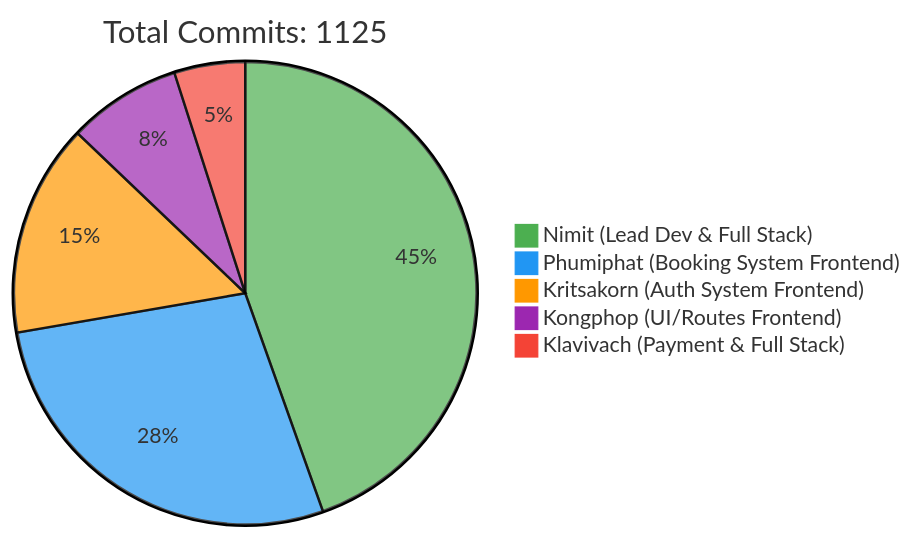
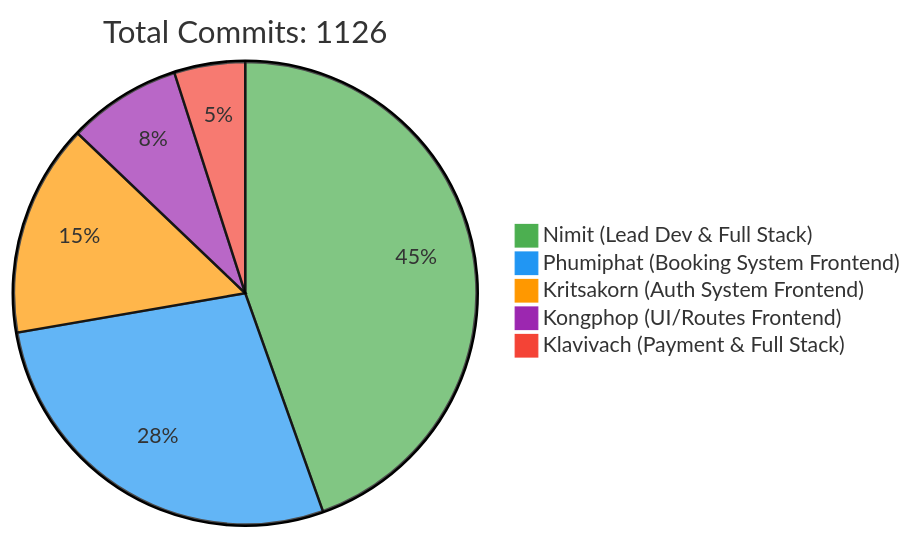
The first of 2 diagrams in README.md (6531503042/Sport-Complex), drawn with Mermaid before and after one commit. The commit also changed other lines of this file, not shown here.

Commit message:
docs: Update contributor statistics [skip ci]

````diff
--- a/README.md
+++ b/README.md
@@ -257,10 +257,10 @@
 ```mermaid
 %%{init: {'theme': 'base', 'themeVariables': { 'pie1': '#4CAF50', 'pie2': '#2196F3', 'pie3': '#FF9800', 'pie4': '#9C27B0', 'pie5': '#F44336'}}}%%
 pie
-    title Total Commits: 1125
+    title Total Commits: 1126
     "Nimit (Lead Dev & Full Stack)" : 450
     "Phumiphat (Booking System Frontend)" : 280
     "Kritsakorn (Auth System Frontend)" : 150
     "Kongphop (UI/Routes Frontend)" : 80
     "Klavivach (Payment & Full Stack)" : 50
 ```
````
